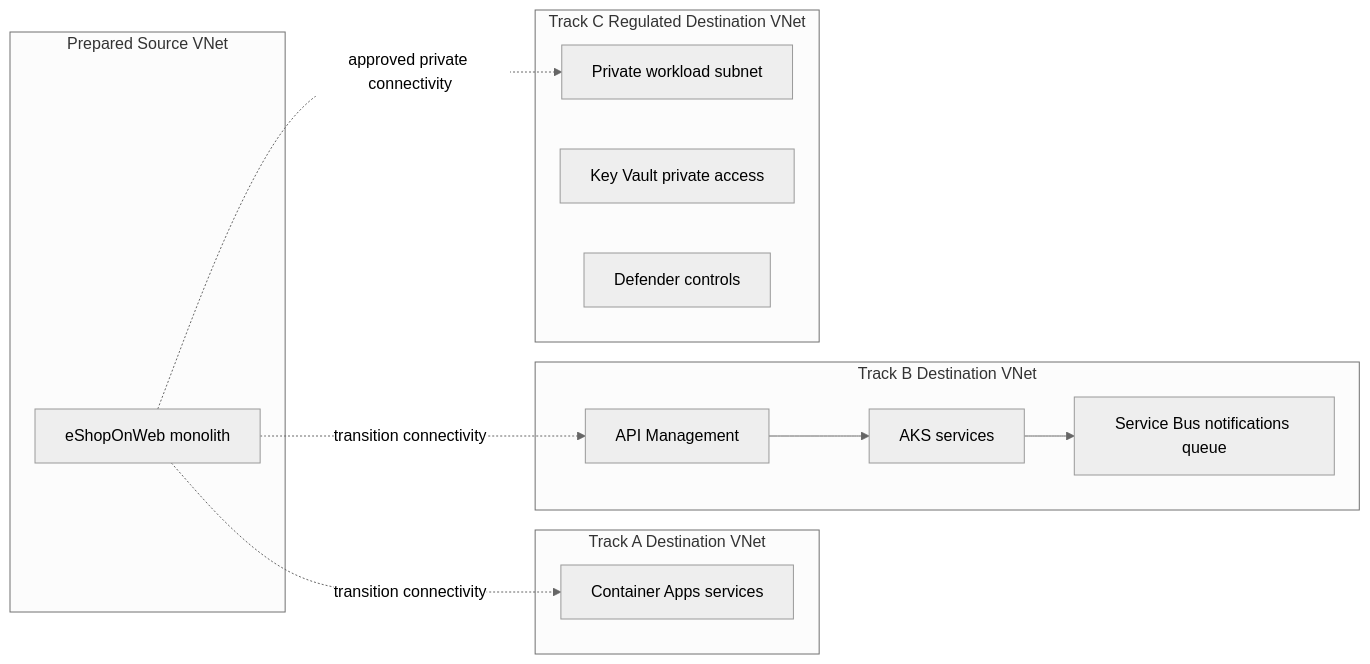
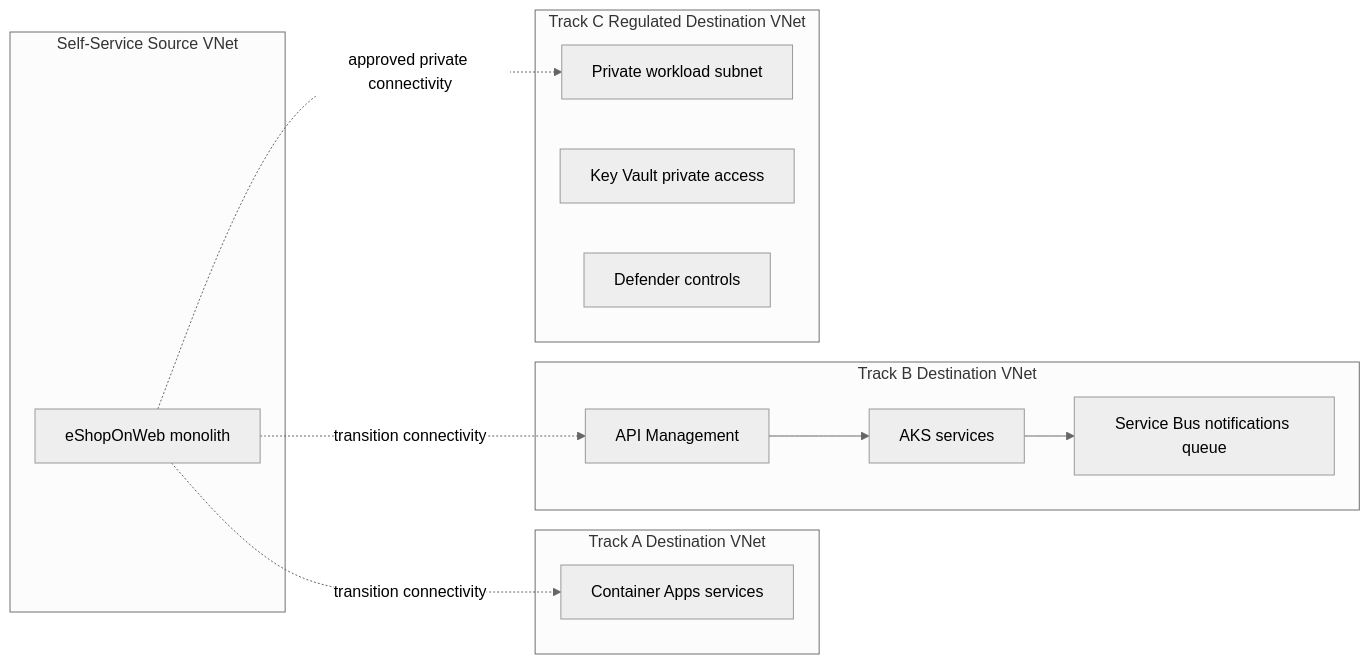
The diagram in media/architecture-diagram.md (marinfrankovic/azure-application-modernization-workshop), drawn with Mermaid (neutral theme) before and after one commit. The commit also changed 23 other files, not shown here.

Commit message:
feat: add self-service workshop deployment flow

````diff
--- a/media/architecture-diagram.md
+++ b/media/architecture-diagram.md
@@ -3,28 +3,28 @@
 ```mermaid
 flowchart LR
-    subgraph Source[Prepared Source VNet]
+    subgraph Source[Self-Service Source VNet]
         ESHOP[eShopOnWeb monolith]
     end
 
     subgraph DestA[Track A Destination VNet]
         ACA[Container Apps services]
     end
 
     subgraph DestB[Track B Destination VNet]
         APIM[API Management]
         AKS[AKS services]
         SB[Service Bus notifications queue]
         APIM --> AKS
         AKS --> SB
     end
 
     subgraph DestC[Track C Regulated Destination VNet]
         PRIV[Private workload subnet]
         KV[Key Vault private access]
         DEF[Defender controls]
     end
 
     ESHOP -. transition connectivity .-> ACA
     ESHOP -. transition connectivity .-> APIM
     ESHOP -. approved private connectivity .-> PRIV
 ```
````
